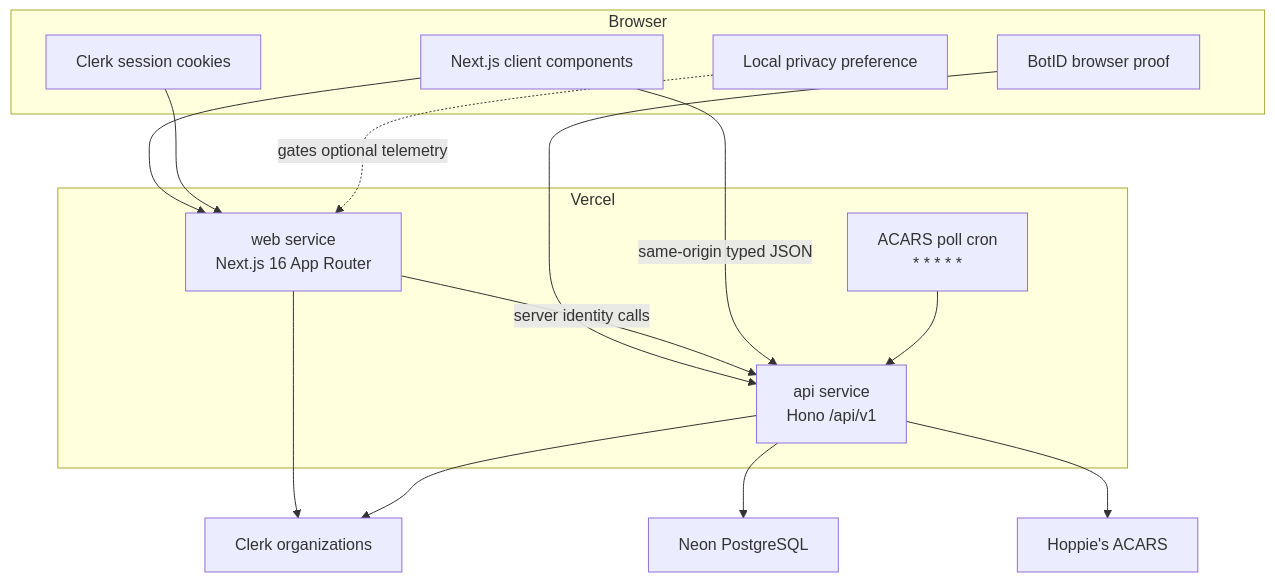
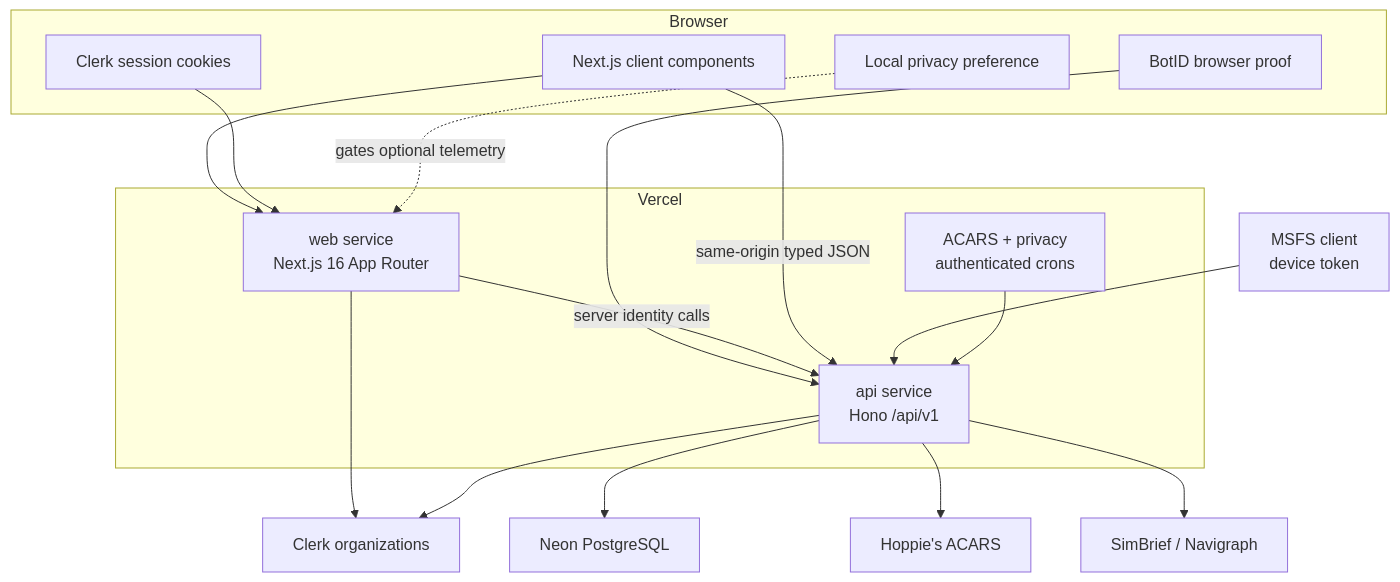
One commit to shiftbloom-studio/va-dispatcher changed the first of 2 diagrams in wiki/Architecture.md. Above: the diagram before and after it, drawn with Mermaid. The commit also changed other lines of this file and 13 other files, not shown here.

````diff
--- a/wiki/Architecture.md
+++ b/wiki/Architecture.md
@@ -18,31 +18,35 @@
 ```mermaid
 flowchart TB
     subgraph Browser
       UI["Next.js client components"]
       CK["Clerk session cookies"]
       BT["BotID browser proof"]
       PP["Local privacy preference"]
     end
 
     subgraph Vercel
       WEB["web service<br/>Next.js 16 App Router"]
       API["api service<br/>Hono /api/v1"]
-      CRON["ACARS poll cron<br/>* * * * *"]
+      CRON["ACARS + privacy<br/>authenticated crons"]
     end
 
     CLERK["Clerk organizations"]
     DB["Neon PostgreSQL"]
     HOPPIE["Hoppie's ACARS"]
+    SIMBRIEF["SimBrief / Navigraph"]
+    MSFS["MSFS client<br/>device token"]
 
     UI --> WEB
     CK --> WEB
     BT --> API
     WEB -->|"server identity calls"| API
     UI -->|"same-origin typed JSON"| API
     WEB --> CLERK
     API --> CLERK
     API --> DB
     API --> HOPPIE
+    API --> SIMBRIEF
+    MSFS --> API
     CRON --> API
     PP -. "gates optional telemetry" .-> WEB
 ```
````
